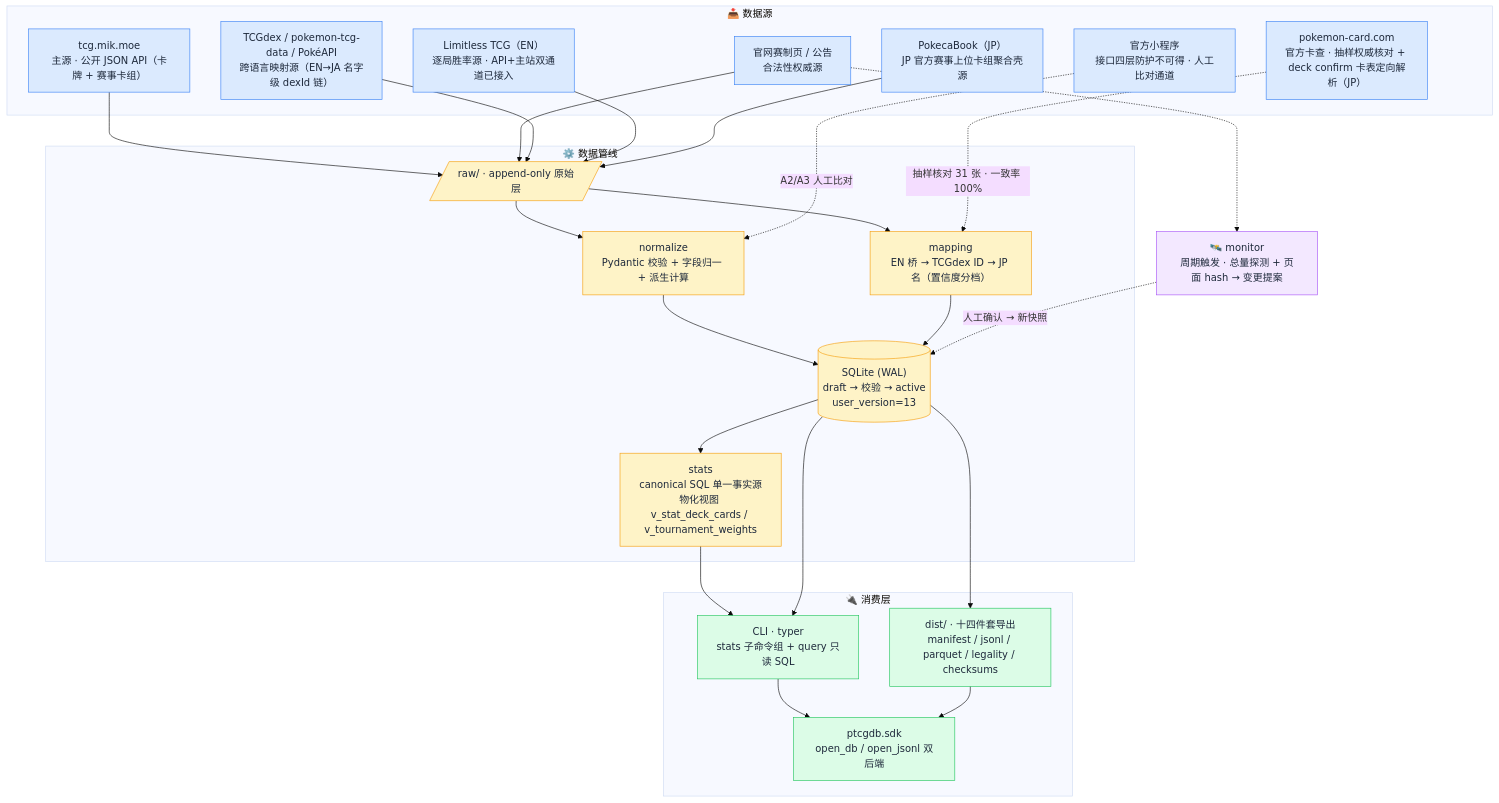
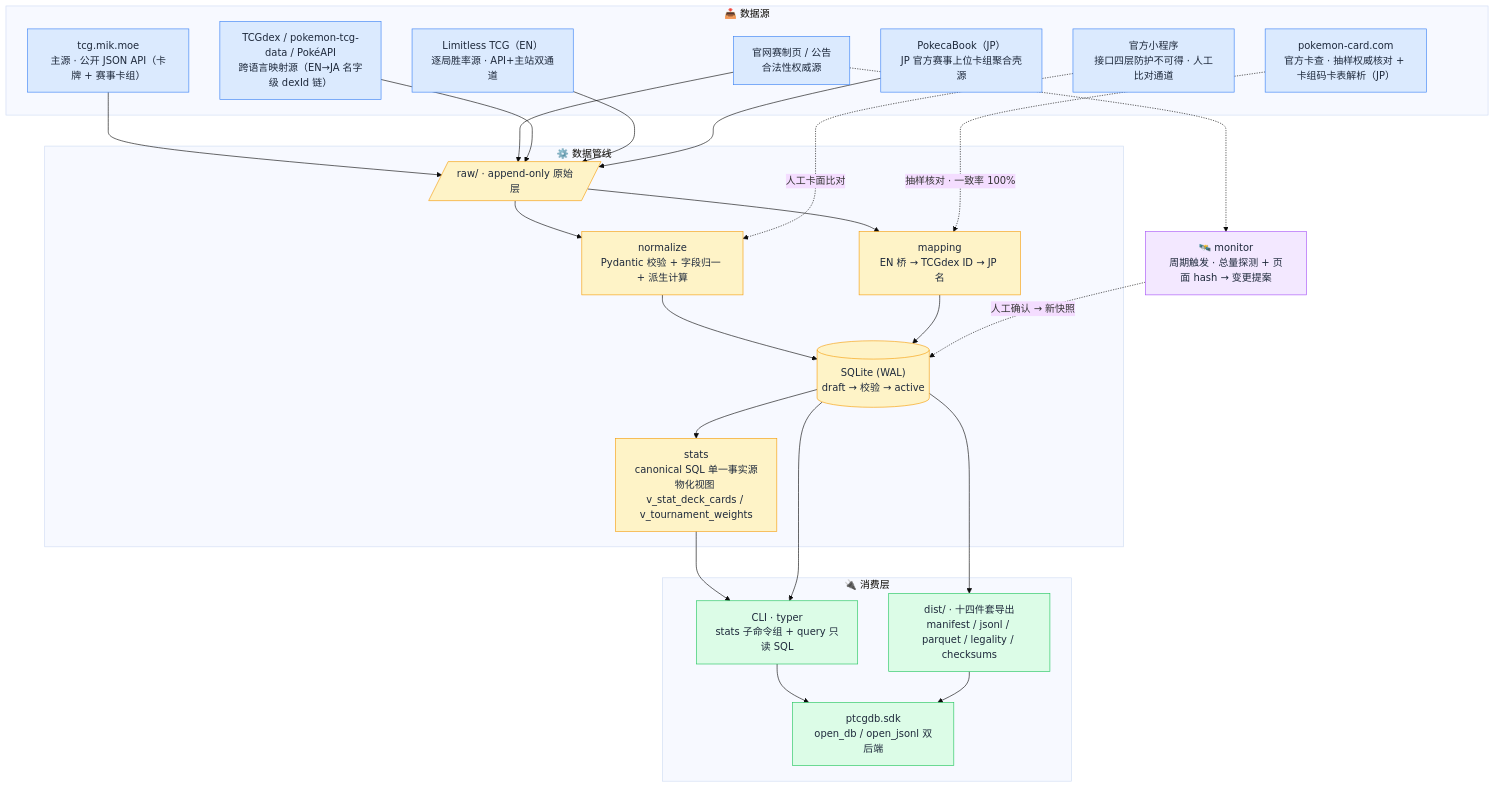
One commit to Bingtuu/ptcg-cn-db changed the diagram in README.md. Above: the diagram before and after it, drawn with Mermaid (base theme). The commit also changed other lines of this file, not shown here.

Commit message:
docs: README 对外表述优化——数据更新至 2026-09-19（133 系列/12,908 张/PRD v1.34/1120 测试），CLI 示例全部对照实际签名核验并扩充（合法性/统计/查询/建库管线分组 + deck.yml 实例），Roadmap 收敛到里程碑级，去除内部任务编号与流程术语

````diff
--- a/README.md
+++ b/README.md
@@ -141,55 +176,55 @@
 ```mermaid
 flowchart TB
     subgraph SRC["📥 数据源"]
         A["tcg.mik.moe<br/>主源 · 公开 JSON API（卡牌 + 赛事卡组）"]
         B["官网赛制页 / 公告<br/>合法性权威源"]
         C["官方小程序<br/>接口四层防护不可得 · 人工比对通道"]
         D["TCGdex / pokemon-tcg-data / PokéAPI<br/>跨语言映射源（EN→JA 名字级 dexId 链）"]
-        E["pokemon-card.com<br/>官方卡查 · 抽样权威核对 + deck confirm 卡表定向解析（JP）"]
-        F["Limitless TCG（EN）<br/>逐局胜率源 · API+主站双通道已接入"]
+        E["pokemon-card.com<br/>官方卡查 · 抽样权威核对 + 卡组码卡表解析（JP）"]
+        F["Limitless TCG（EN）<br/>逐局胜率源 · API+主站双通道"]
         G["PokecaBook（JP）<br/>JP 官方赛事上位卡组聚合壳源"]
     end
 
     subgraph PIPE["⚙️ 数据管线"]
         RAW[/"raw/ · append-only 原始层"/]
         NORM["normalize<br/>Pydantic 校验 + 字段归一 + 派生计算"]
-        MAP["mapping<br/>EN 桥 → TCGdex ID → JP 名（置信度分档）"]
-        DB[("SQLite (WAL)<br/>draft → 校验 → active<br/>user_version=13")]
+        MAP["mapping<br/>EN 桥 → TCGdex ID → JP 名"]
+        DB[("SQLite (WAL)<br/>draft → 校验 → active")]
         STATS["stats<br/>canonical SQL 单一事实源<br/>物化视图 v_stat_deck_cards / v_tournament_weights"]
     end
 
     subgraph OUT["🔌 消费层"]
         CLI["CLI · typer<br/>stats 子命令组 + query 只读 SQL"]
         DIST["dist/ · 十四件套导出<br/>manifest / jsonl / parquet / legality / checksums"]
         SDK["ptcgdb.sdk<br/>open_db / open_jsonl 双后端"]
     end
 
     MON["🛰️ monitor<br/>周期触发 · 总量探测 + 页面 hash → 变更提案"]
 
     A --> RAW
     B --> RAW
     D --> RAW
     F --> RAW
     G --> RAW
     RAW --> NORM --> DB
     RAW --> MAP --> DB
-    E -.->|抽样核对 31 张 · 一致率 100%| MAP
-    C -.->|A2/A3 人工比对| NORM
+    E -.->|抽样核对 · 一致率 100%| MAP
+    C -.->|人工卡面比对| NORM
     DB --> STATS
     STATS --> CLI
     DB --> CLI
     DB --> DIST
     CLI --> SDK
     DIST --> SDK
     B -.-> MON
     MON -.->|人工确认 → 新快照| DB
 
     classDef source fill:#dbeafe,stroke:#3b82f6,color:#1e293b;
     classDef pipe fill:#fef3c7,stroke:#f59e0b,color:#1e293b;
     classDef out fill:#dcfce7,stroke:#22c55e,color:#1e293b;
     classDef mon fill:#f3e8ff,stroke:#a855f7,color:#1e293b;
     class A,B,C,D,E,F,G source;
     class RAW,NORM,MAP,DB,STATS pipe;
     class CLI,DIST,SDK out;
     class MON mon;
 ```
````
